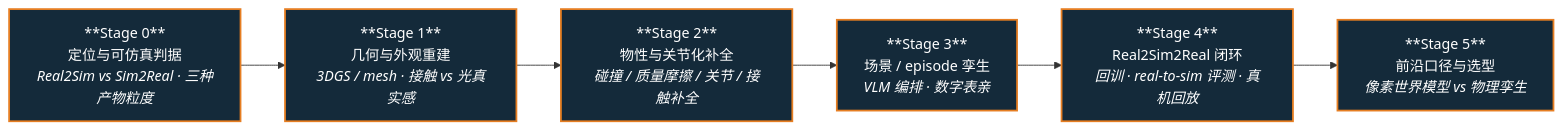
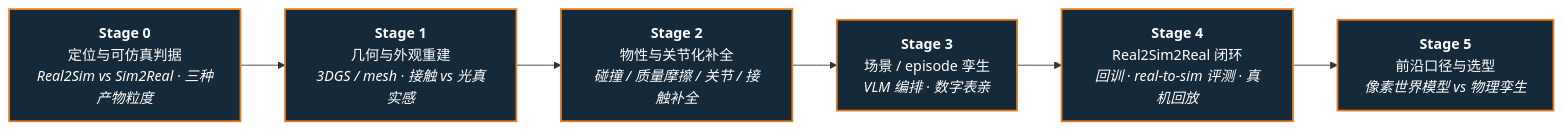
Before and after one commit to ImChong/Robotics_Notebooks: the diagram in roadmap/depth-real2sim.md, drawn with Mermaid. The commit also changed 27 other files, not shown here.

First line of the commit message:
fix(ux): 修复纵深路线一览 Mermaid 节点 ** 原样显示

````diff
--- a/roadmap/depth-real2sim.md
+++ b/roadmap/depth-real2sim.md
@@ -7,14 +7,14 @@
 ```mermaid
 flowchart LR
-  S0["**Stage 0**<br/>定位与可仿真判据<br/><em>Real2Sim vs Sim2Real · 三种产物粒度</em>"]
-  S1["**Stage 1**<br/>几何与外观重建<br/><em>3DGS / mesh · 接触 vs 光真实感</em>"]
-  S2["**Stage 2**<br/>物性与关节化补全<br/><em>碰撞 / 质量摩擦 / 关节 / 接触补全</em>"]
-  S3["**Stage 3**<br/>场景 / episode 孪生<br/><em>VLM 编排 · 数字表亲</em>"]
-  S4["**Stage 4**<br/>Real2Sim2Real 闭环<br/><em>回训 · real-to-sim 评测 · 真机回放</em>"]
-  S5["**Stage 5**<br/>前沿口径与选型<br/><em>像素世界模型 vs 物理孪生</em>"]
+  S0["<b>Stage 0</b><br/>定位与可仿真判据<br/><em>Real2Sim vs Sim2Real · 三种产物粒度</em>"]
+  S1["<b>Stage 1</b><br/>几何与外观重建<br/><em>3DGS / mesh · 接触 vs 光真实感</em>"]
+  S2["<b>Stage 2</b><br/>物性与关节化补全<br/><em>碰撞 / 质量摩擦 / 关节 / 接触补全</em>"]
+  S3["<b>Stage 3</b><br/>场景 / episode 孪生<br/><em>VLM 编排 · 数字表亲</em>"]
+  S4["<b>Stage 4</b><br/>Real2Sim2Real 闭环<br/><em>回训 · real-to-sim 评测 · 真机回放</em>"]
+  S5["<b>Stage 5</b><br/>前沿口径与选型<br/><em>像素世界模型 vs 物理孪生</em>"]
 
   S0 --> S1 --> S2 --> S3 --> S4 --> S5
 
   classDef stage fill:#142a3a,stroke:#e67e22,stroke-width:2px,color:#fff
   class S0,S1,S2,S3,S4,S5 stage
 ```
````
